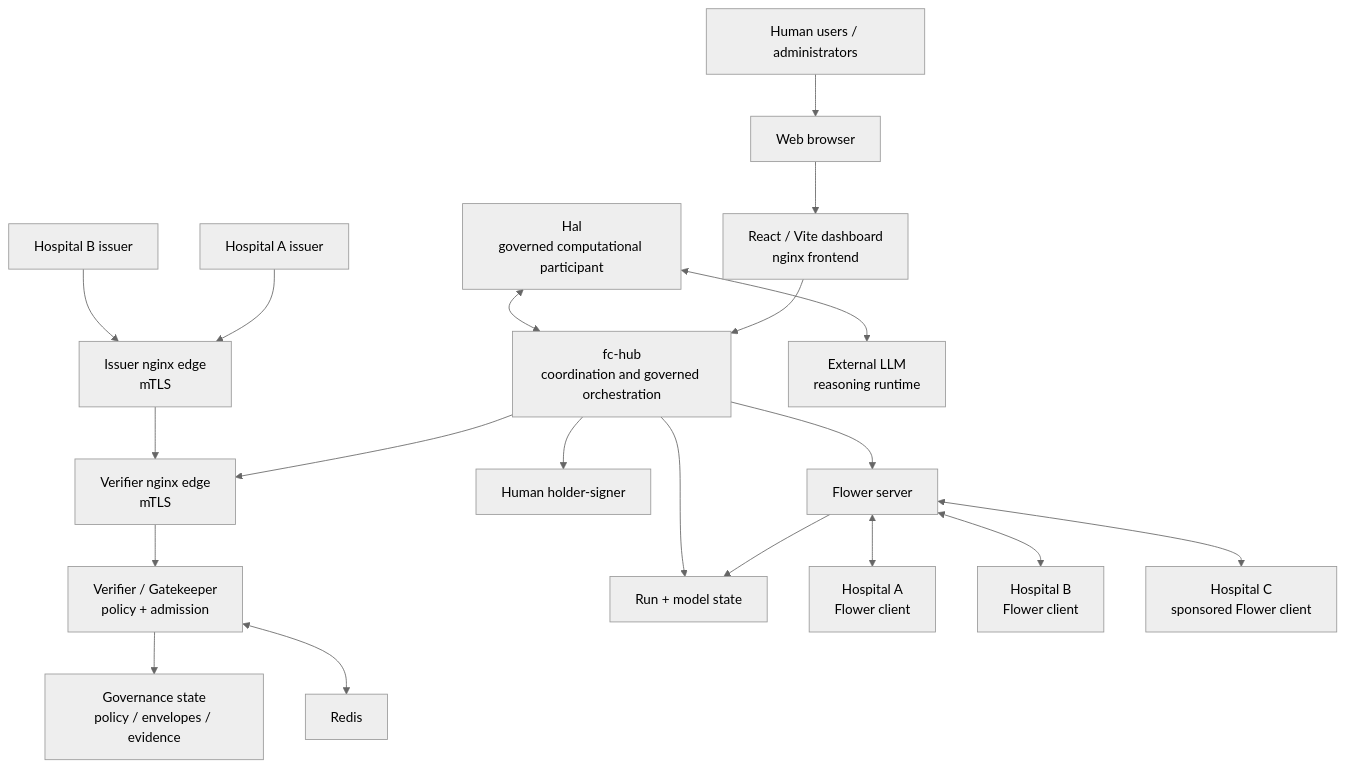
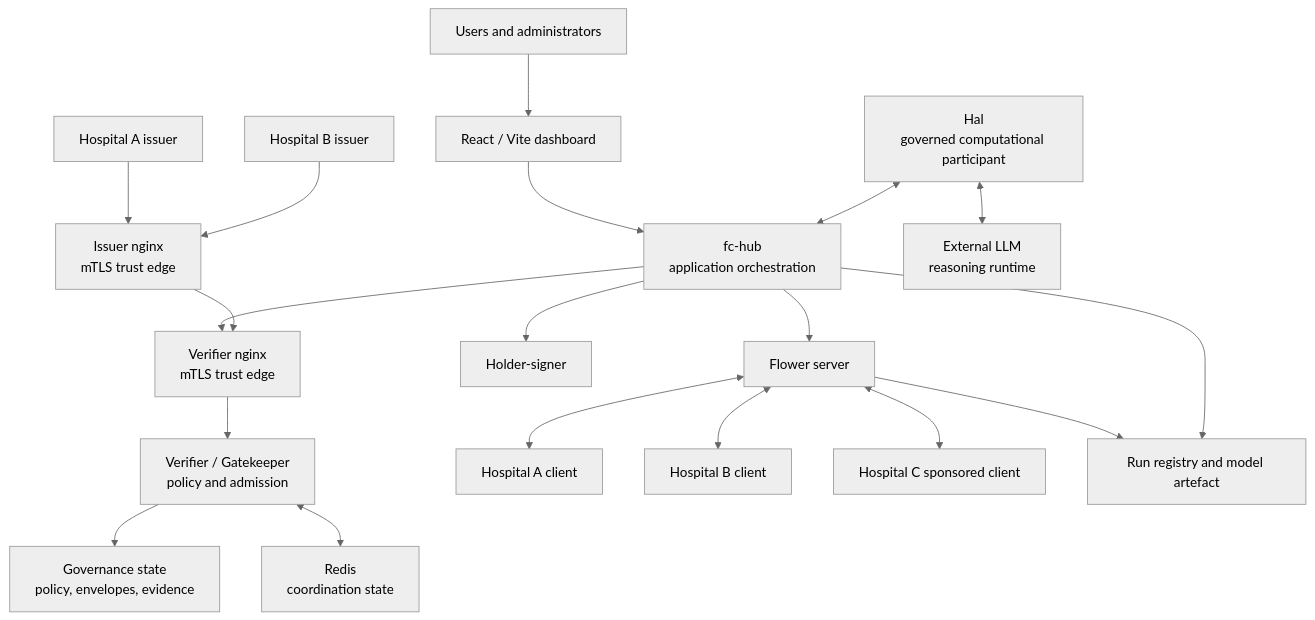
Before and after one commit to onzelf/openhealth-cdi: the third of 16 diagrams in doc/ARCHITECTURE.md, drawn with Mermaid (neutral theme). The commit also changed other lines of this file and 1 other file, not shown here.

````diff
--- a/doc/ARCHITECTURE.md
+++ b/doc/ARCHITECTURE.md
@@ -380,51 +79,48 @@
 ```mermaid
 flowchart TB
-    User["Human users / administrators"]
-    Browser["Web browser"]
-    Frontend["React / Vite dashboard<br/>nginx frontend"]
-    Hub["fc-hub<br/>coordination and governed orchestration"]
+    User["Users and administrators"]
+    UI["React / Vite dashboard"]
+    Hub["fc-hub<br/>application orchestration"]
 
-    VerifierProxy["Verifier nginx edge<br/>mTLS"]
-    Gatekeeper["Verifier / Gatekeeper<br/>policy + admission"]
-    IssuerProxy["Issuer nginx edge<br/>mTLS"]
-    IssA["Hospital A issuer"]
-    IssB["Hospital B issuer"]
-    Signer["Human holder-signer"]
-    Redis["Redis"]
-    GovState["Governance state<br/>policy / envelopes / evidence"]
-    RunState["Run + model state"]
+    VP["Verifier nginx<br/>mTLS trust edge"]
+    GK["Verifier / Gatekeeper<br/>policy and admission"]
+    IP["Issuer nginx<br/>mTLS trust edge"]
+    IA["Hospital A issuer"]
+    IB["Hospital B issuer"]
+    HS["Holder-signer"]
+    Redis["Redis<br/>coordination state"]
+    Gov["Governance state<br/>policy, envelopes, evidence"]
 
     Flower["Flower server"]
-    AClient["Hospital A<br/>Flower client"]
-    BClient["Hospital B<br/>Flower client"]
-    CClient["Hospital C<br/>sponsored Flower client"]
+    FA["Hospital A client"]
+    FB["Hospital B client"]
+    FC["Hospital C sponsored client"]
+    Model["Run registry and model artefact"]
 
     Hal["Hal<br/>governed computational participant"]
     LLM["External LLM<br/>reasoning runtime"]
 
-    User --> Browser
-    Browser --> Frontend
-    Frontend --> Hub
+    User --> UI
+    UI --> Hub
 
-    Hub --> VerifierProxy
-    VerifierProxy --> Gatekeeper
-    Gatekeeper --> GovState
-    Gatekeeper <--> Redis
+    Hub --> VP
+    VP --> GK
+    GK --> Gov
+    GK <--> Redis
 
-    IssA --> IssuerProxy
-    IssB --> IssuerProxy
-    IssuerProxy --> VerifierProxy
+    IA --> IP
+    IB --> IP
+    IP --> VP
 
-    Hub --> Signer
+    Hub --> HS
 
     Hub --> Flower
-    Flower <--> AClient
-    Flower <--> BClient
-    Flower <--> CClient
-    Flower --> RunState
+    Flower <--> FA
+    Flower <--> FB
+    Flower <--> FC
+    Flower --> Model
+    Hub --> Model
 
     Hal <--> Hub
     Hal <--> LLM
-
-    Hub --> RunState
 ```
````
